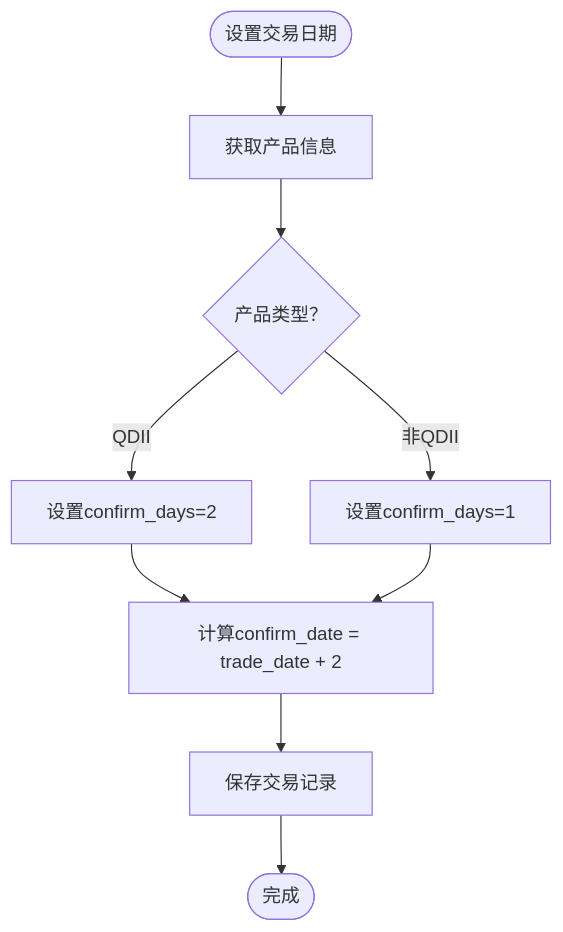
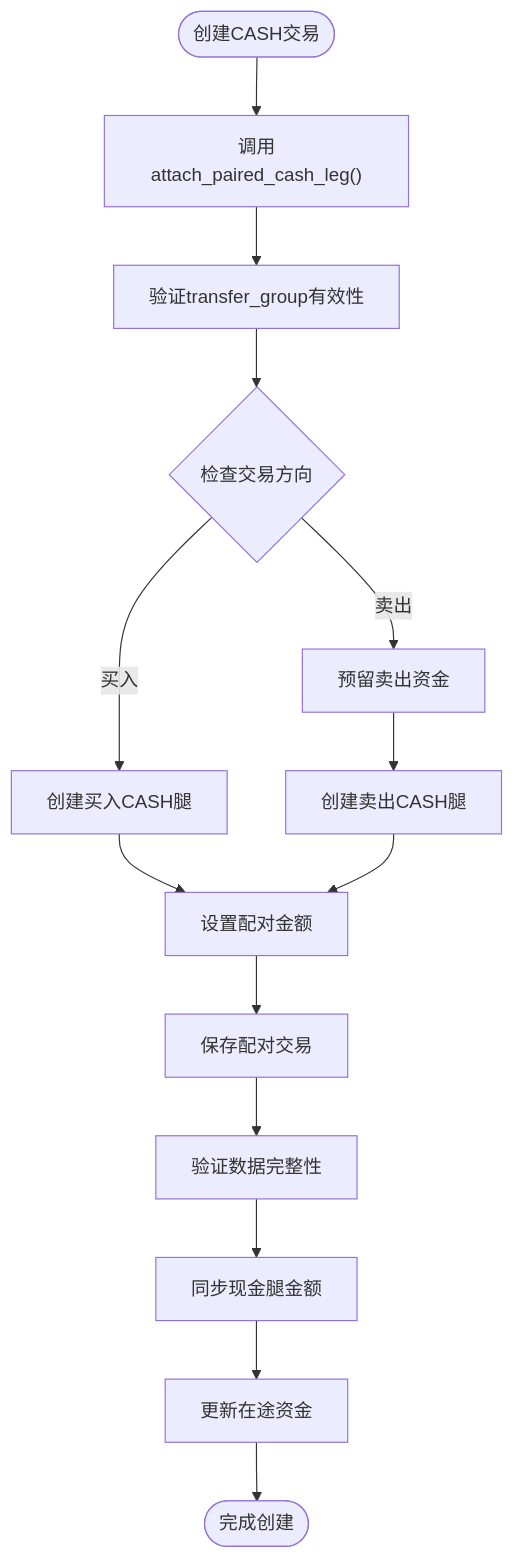
Before and after one commit to gujialind/InvestRing: the fifth of 17 diagrams in .qoder/repowiki/zh/content/核心业务功能/交易处理.md, drawn with Mermaid. The commit also changed other lines of this file and 64 other files, not shown here.

````diff
--- a/.qoder/repowiki/zh/content/核心业务功能/交易处理.md
+++ b/.qoder/repowiki/zh/content/核心业务功能/交易处理.md
@@ -356,11 +314,16 @@
 ```mermaid
 flowchart TD
-Start(["设置交易日期"]) --> GetProduct["获取产品信息"]
-GetProduct --> CheckType{"产品类型？"}
-CheckType --> |QDII| SetDays2["设置confirm_days=2"]
-CheckType --> |非QDII| SetDays1["设置confirm_days=1"]
-SetDays2 --> CalcConfirm["计算confirm_date = trade_date + 2"]
-SetDays1 --> CalcConfirm
-CalcConfirm --> SaveTrade["保存交易记录"]
-SaveTrade --> Complete(["完成"])
+Start(["创建CASH交易"]) --> CallAttach["调用attach_paired_cash_leg()"]
+CallAttach --> ValidateGroup["验证transfer_group有效性"]
+ValidateGroup --> CheckDirection{"检查交易方向"}
+CheckDirection --> |买入| CreateBuyLeg["创建买入CASH腿"]
+CheckDirection --> |卖出| ReserveCash["预留卖出资金"]
+ReserveCash --> CreateSellLeg["创建卖出CASH腿"]
+CreateBuyLeg --> SetAmount["设置配对金额"]
+CreateSellLeg --> SetAmount
+SetAmount --> SaveBoth["保存配对交易"]
+SaveBoth --> VerifyIntegrity["验证数据完整性"]
+VerifyIntegrity --> SyncAmount["同步现金腿金额"]
+SyncAmount --> UpdateInTransit["更新在途资金"]
+UpdateInTransit --> Complete(["完成创建"])
 ```
````
